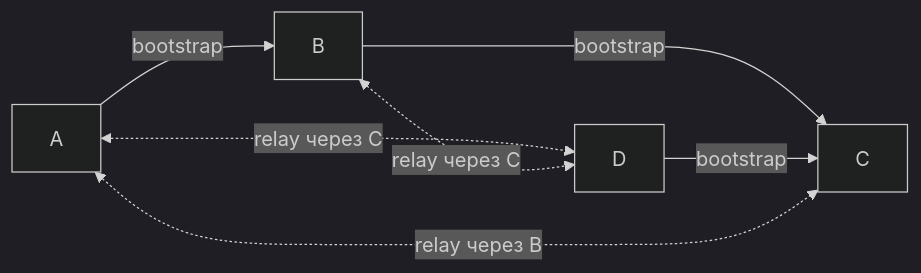
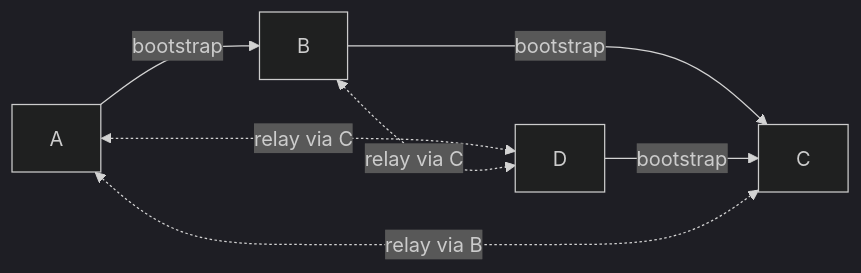
Before and after one commit to PixelQuasar/antenna: the fifth of 6 diagrams in docs/protocol.md, drawn with Mermaid (dark theme). The commit also changed other lines of this file and 31 other files, not shown here.

````diff
--- a/docs/protocol.md
+++ b/docs/protocol.md
@@ -329,10 +329,10 @@
 ```mermaid
 flowchart LR
 
 A -- bootstrap --> B
 B -- bootstrap --> C
 D -- bootstrap --> C
-A <-. relay через B .-> C
-A <-. relay через C .-> D
-B <-. relay через C .-> D
+A <-. relay via B .-> C
+A <-. relay via C .-> D
+B <-. relay via C .-> D
 ```
````
